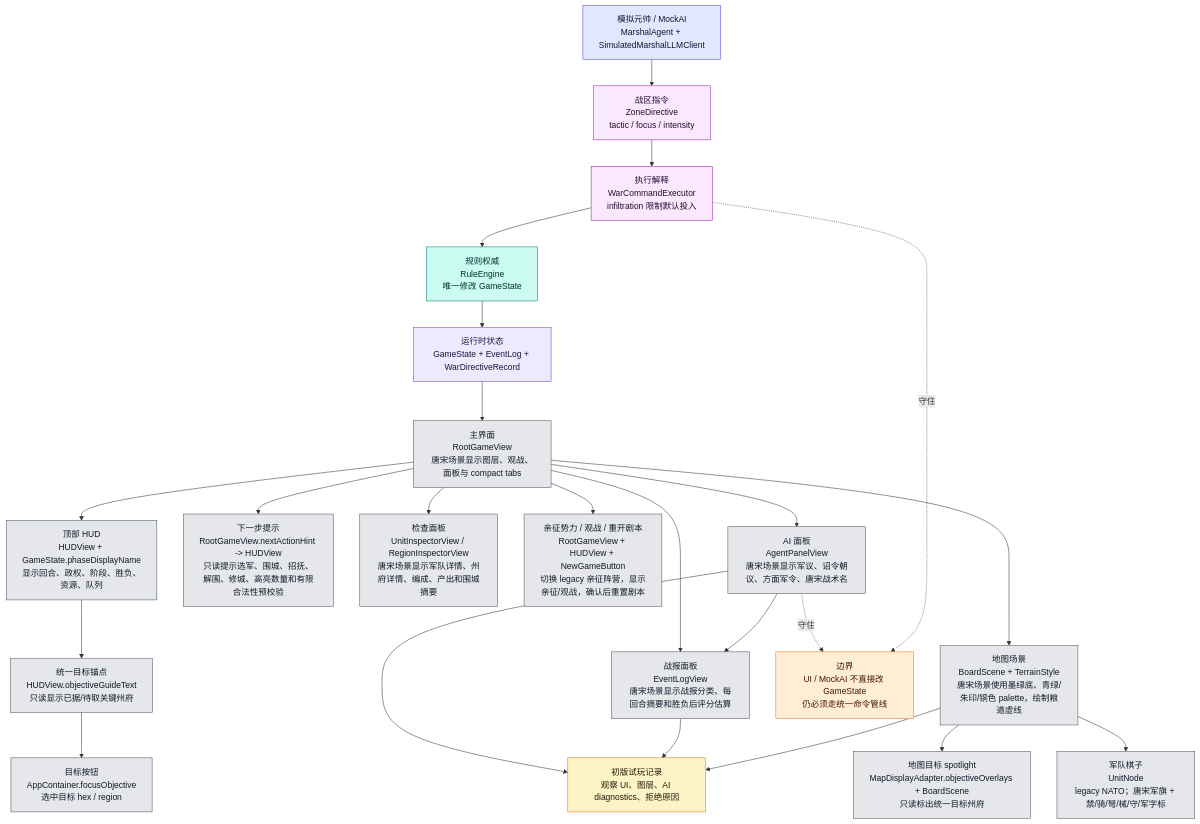
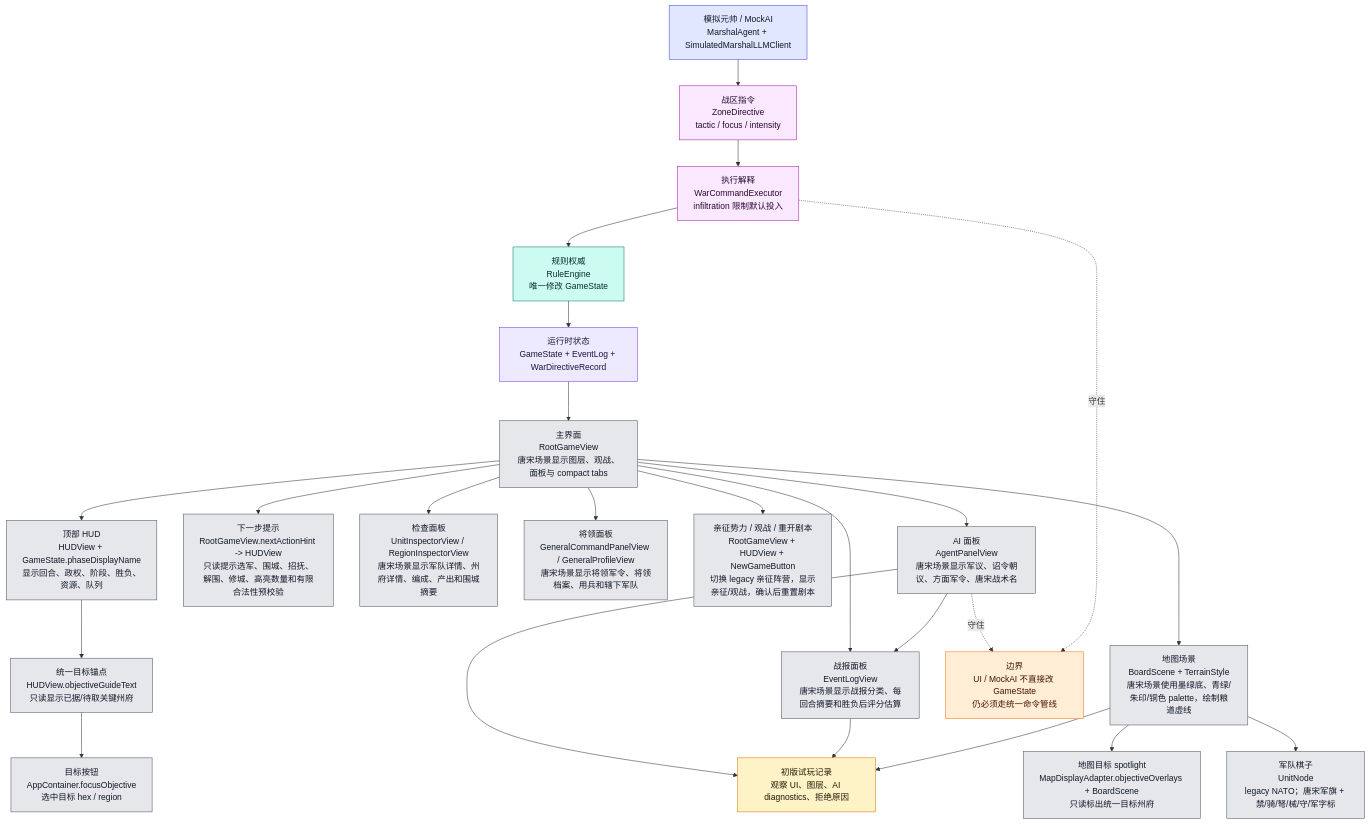
One commit to Altman-sam114/125 changed the tenth of 12 diagrams in md/flow/flowchart.md. Above: the diagram before and after it, drawn with Mermaid. The commit also changed other lines of this file and 9 other files, not shown here.

````diff
--- a/md/flow/flowchart.md
+++ b/md/flow/flowchart.md
@@ -554,50 +557,52 @@
 ```mermaid
 flowchart TD
     STATE["运行时状态<br/>GameState + EventLog + WarDirectiveRecord"]:::state
     ROOT["主界面<br/>RootGameView<br/>唐宋场景显示图层、观战、面板与 compact tabs"]:::ui
     HUD["顶部 HUD<br/>HUDView + GameState.phaseDisplayName<br/>显示回合、政权、阶段、胜负、资源、队列"]:::ui
     GOAL["统一目标锚点<br/>HUDView.objectiveGuideText<br/>只读显示已据/待取关键州府"]:::ui
     FOCUS["目标按钮<br/>AppContainer.focusObjective<br/>选中目标 hex / region"]:::ui
     SPOTLIGHT["地图目标 spotlight<br/>MapDisplayAdapter.objectiveOverlays + BoardScene<br/>只读标出统一目标州府"]:::ui
     HINT["下一步提示<br/>RootGameView.nextActionHint -> HUDView<br/>只读提示选军、围城、招抚、解围、修城、高亮数量和有限合法性预校验"]:::ui
     INSPECT["检查面板<br/>UnitInspectorView / RegionInspectorView<br/>唐宋场景显示军队详情、州府详情、编成、产出和围城摘要"]:::ui
+    GENPANELS["将领面板<br/>GeneralCommandPanelView / GeneralProfileView<br/>唐宋场景显示将领军令、将领档案、用兵和辖下军队"]:::ui
     SESSIONHUD["亲征势力 / 观战 / 重开剧本<br/>RootGameView + HUDView + NewGameButton<br/>切换 legacy 亲征阵营，显示亲征/观战，确认后重置剧本"]:::ui
     LOG["战报面板<br/>EventLogView<br/>唐宋场景显示战报分类、每回合摘要和胜负后评分估算"]:::ui
     AIUI["AI 面板<br/>AgentPanelView<br/>唐宋场景显示军议、诏令朝议、方面军令、唐宋战术名"]:::ui
     BOARD["地图场景<br/>BoardScene + TerrainStyle<br/>唐宋场景使用墨绿底、青绿/朱印/铜色 palette，绘制粮道虚线"]:::ui
     UNIT["军队棋子<br/>UnitNode<br/>legacy NATO；唐宋军旗 + 禁/骑/弩/械/守/军字标"]:::ui
     MARSHAL["模拟元帅 / MockAI<br/>MarshalAgent + SimulatedMarshalLLMClient"]:::ai
     ZD["战区指令<br/>ZoneDirective<br/>tactic / focus / intensity"]:::command
     WCE["执行解释<br/>WarCommandExecutor<br/>infiltration 限制默认投入"]:::command
     RULE["规则权威<br/>RuleEngine<br/>唯一修改 GameState"]:::rules
     PLAYTEST["初版试玩记录<br/>观察 UI、图层、AI diagnostics、拒绝原因"]:::doc
 
     STATE --> ROOT
     ROOT --> HUD
     HUD --> GOAL --> FOCUS
     BOARD --> SPOTLIGHT
     ROOT --> HINT
     ROOT --> INSPECT
+    ROOT --> GENPANELS
     ROOT --> SESSIONHUD
     ROOT --> LOG
     ROOT --> AIUI
     AIUI --> LOG
     ROOT --> BOARD
     BOARD --> UNIT
     MARSHAL --> ZD --> WCE --> RULE --> STATE
     AIUI --> PLAYTEST
     LOG --> PLAYTEST
     BOARD --> PLAYTEST
 
     WARN["边界<br/>UI / MockAI 不直接改 GameState<br/>仍必须走统一命令管线"]:::warn
     AIUI -.守住.-> WARN
     WCE -.守住.-> WARN
 
     classDef state fill:#ede9fe,stroke:#7c3aed,color:#1f143d
     classDef ui fill:#e5e7eb,stroke:#4b5563,color:#111827
     classDef ai fill:#e0e7ff,stroke:#4f46e5,color:#111827
     classDef command fill:#fae8ff,stroke:#a21caf,color:#2a0a2f
     classDef rules fill:#ccfbf1,stroke:#0f766e,color:#042f2e
     classDef doc fill:#fef3c7,stroke:#d97706,color:#1f1600
     classDef warn fill:#ffedd5,stroke:#f97316,color:#431407
 ```
````
